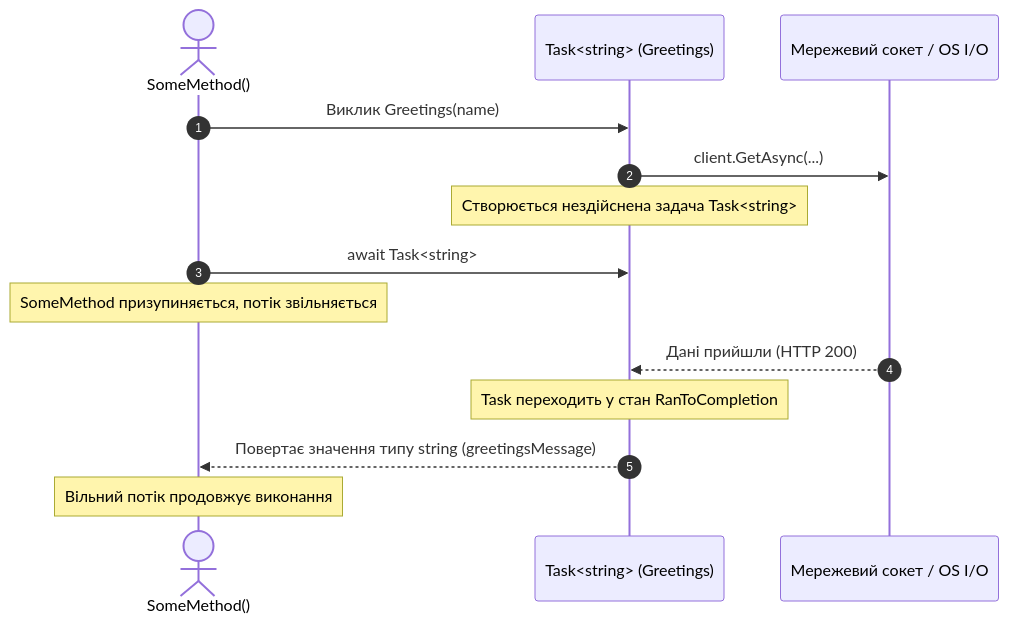
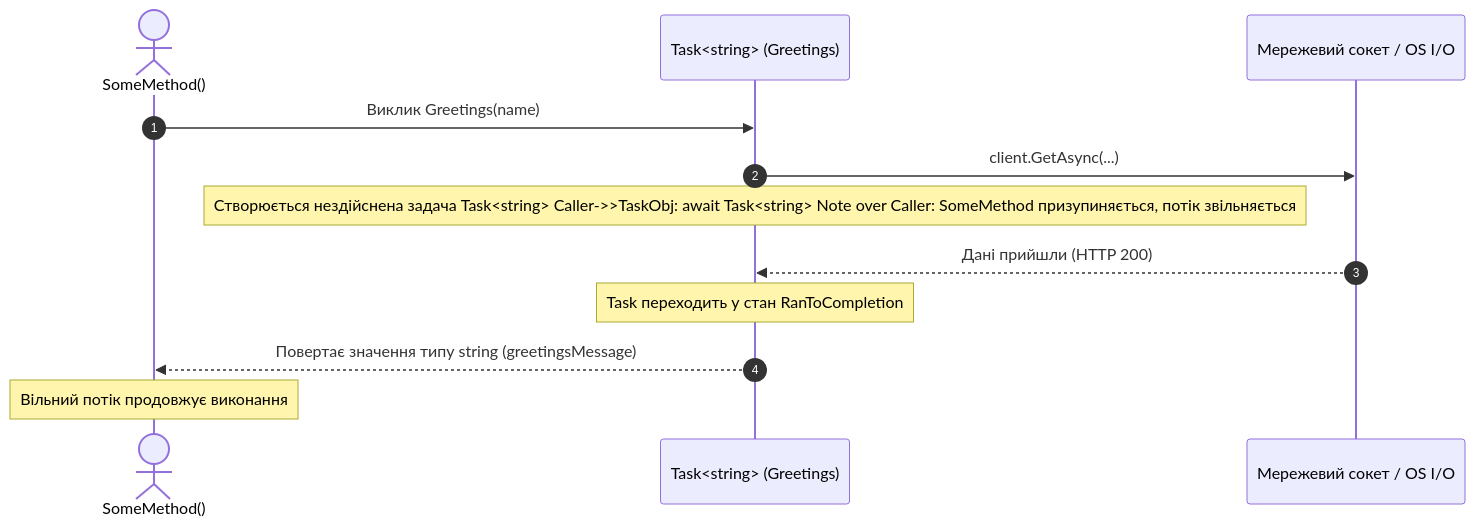
Before and after one commit to MrTomkaYurii/CSharp-OOP-Mastery: the diagram in 06-Multithreading-And-Parallelism/03-Asynchronous-Programming/03-ReturnAValueFromTask-Console/README.md, drawn with Mermaid. The commit also changed other lines of this file and 158 other files, not shown here.

````diff
--- a/06-Multithreading-And-Parallelism/03-Asynchronous-Programming/03-ReturnAValueFromTask-Console/README.md
+++ b/06-Multithreading-And-Parallelism/03-Asynchronous-Programming/03-ReturnAValueFromTask-Console/README.md
@@ -19,18 +19,16 @@
 ```mermaid
 sequenceDiagram
     autonumber
     actor Caller as SomeMethod()
     participant TaskObj as Task<string> (Greetings)
     participant Net as Мережевий сокет / OS I/O
     
     Caller->>TaskObj: Виклик Greetings(name)
     TaskObj->>Net: client.GetAsync(...)
-    Note over TaskObj: Створюється нездійснена задача Task<string>
-    Caller->>TaskObj: await Task<string>
-    Note over Caller: SomeMethod призупиняється, потік звільняється
+    Note over TaskObj: Створюється нездійснена задача Task<string> Caller->>TaskObj: await Task<string> Note over Caller: SomeMethod призупиняється, потік звільняється
     
     Net-->>TaskObj: Дані прийшли (HTTP 200)
     Note over TaskObj: Task переходить у стан RanToCompletion
     TaskObj-->>Caller: Повертає значення типу string (greetingsMessage)
     Note over Caller: Вільний потік продовжує виконання
 ```
````
